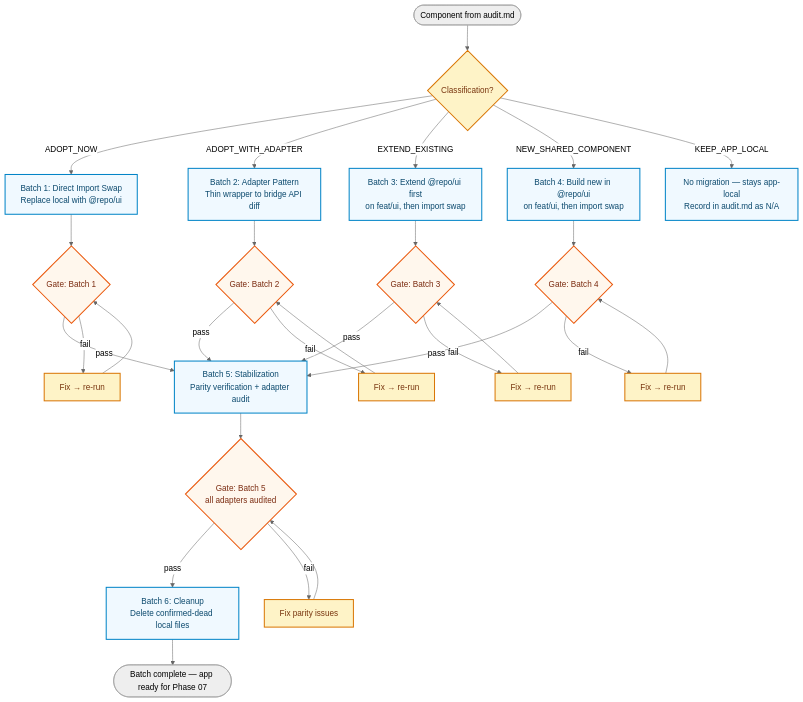
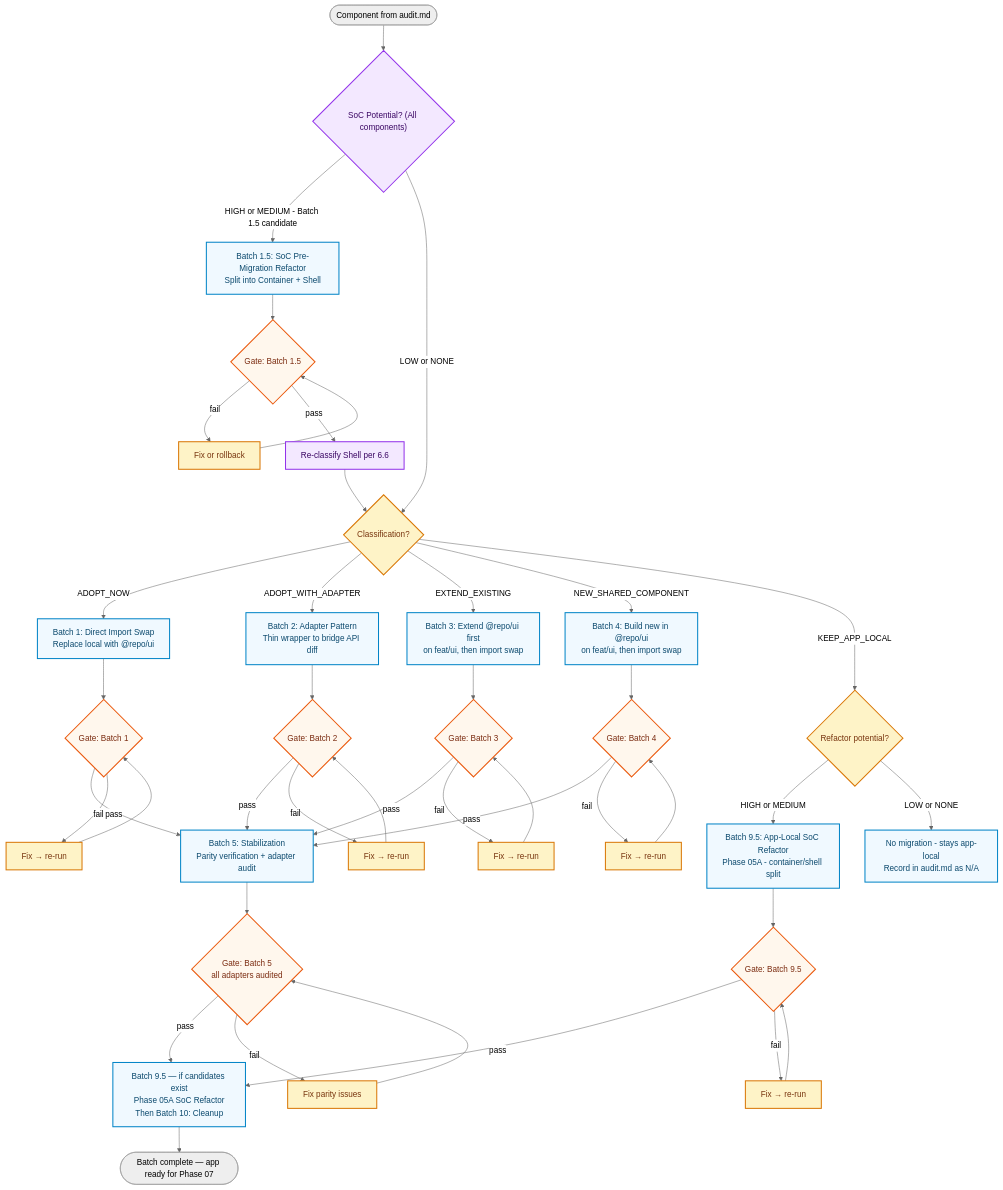
Before and after one commit to mahardikakdenie/.agent-skills: the second of 3 diagrams in apps/admin-portal/docs/migration/component/00-overview.md, drawn with Mermaid (neutral theme). The commit also changed other lines of this file and 7 other files, not shown here.

First line of the commit message:
docs(admin-portal): add universal SoC eval + Batch 1.5/05A refactor flow

````diff
--- a/apps/admin-portal/docs/migration/component/00-overview.md
+++ b/apps/admin-portal/docs/migration/component/00-overview.md
@@ -258,35 +269,50 @@
 ```mermaid
 flowchart TD
   classDef batch fill:#f0f9ff,stroke:#0284c7,color:#0c4a6e,stroke-width:2px;
   classDef decision fill:#fef3c7,stroke:#d97706,color:#78350f,stroke-width:2px;
   classDef gate fill:#fff7ed,stroke:#ea580c,color:#7c2d12,stroke-width:2px;
 
-  START([Component from audit.md]) --> Q1{Classification?}:::decision
+  classDef soc fill:#f3e8ff,stroke:#9333ea,color:#3b0764,stroke-width:2px;
 
-  Q1 -->|ADOPT_NOW| WA[Batch 1: Direct Import Swap<br/>Replace local with @repo/ui]:::batch
-  Q1 -->|ADOPT_WITH_ADAPTER| WB[Batch 2: Adapter Pattern<br/>Thin wrapper to bridge API diff]:::batch
-  Q1 -->|EXTEND_EXISTING| WC[Batch 3: Extend @repo/ui first<br/>on feat/ui, then import swap]:::batch
-  Q1 -->|NEW_SHARED_COMPONENT| WD[Batch 4: Build new in @repo/ui<br/>on feat/ui, then import swap]:::batch
-  Q1 -->|KEEP_APP_LOCAL| SKIP[No migration — stays app-local<br/>Record in audit.md as N/A]:::batch
+  START([Component from audit.md]) --> Q1S{"SoC Potential? (All components)"}:::soc
+
+  Q1S --> |"HIGH or MEDIUM - Batch 1.5 candidate"| W15["Batch 1.5: SoC Pre-Migration Refactor<br/>Split into Container + Shell"]:::batch
+  W15 --> G15{Gate: Batch 1.5}:::gate
+  G15 -- fail --> F15["Fix or rollback"]:::decision --> G15
+  G15 -- pass --> W15B["Re-classify Shell per 6.6"]:::soc
+  W15B --> Q1
+
+  Q1S --> |"LOW or NONE"| Q1{Classification?}:::decision
+
+  Q1 --> |ADOPT_NOW| WA[Batch 1: Direct Import Swap<br/>Replace local with @repo/ui]:::batch
+  Q1 --> |ADOPT_WITH_ADAPTER| WB[Batch 2: Adapter Pattern<br/>Thin wrapper to bridge API diff]:::batch
+  Q1 --> |EXTEND_EXISTING| WC[Batch 3: Extend @repo/ui first<br/>on feat/ui, then import swap]:::batch
+  Q1 --> |NEW_SHARED_COMPONENT| WD[Batch 4: Build new in @repo/ui<br/>on feat/ui, then import swap]:::batch
+  Q1 --> |KEEP_APP_LOCAL| Q1K{Refactor potential?}:::decision
+  Q1K --> |HIGH or MEDIUM| WK[Batch 9.5: App-Local SoC Refactor<br/>Phase 05A - container/shell split]:::batch
+  Q1K --> |LOW or NONE| SKIP[No migration - stays app-local<br/>Record in audit.md as N/A]:::batch
 
   WA --> GA{Gate: Batch 1}:::gate
   WB --> GB{Gate: Batch 2}:::gate
   WC --> GC{Gate: Batch 3}:::gate
   WD --> GD{Gate: Batch 4}:::gate
 
   GA -- pass --> WE[Batch 5: Stabilization<br/>Parity verification + adapter audit]:::batch
   GB -- pass --> WE
   GC -- pass --> WE
   GD -- pass --> WE
 
   GA -- fail --> FA[Fix → re-run]:::decision --> GA
   GB -- fail --> FB[Fix → re-run]:::decision --> GB
   GC -- fail --> FC[Fix → re-run]:::decision --> GC
   GD -- fail --> FD[Fix → re-run]:::decision --> GD
 
   WE --> GE{Gate: Batch 5<br/>all adapters audited}:::gate
-  GE -- pass --> WF[Batch 6: Cleanup<br/>Delete confirmed-dead local files]:::batch
+  GE -- pass --> WF[Batch 9.5 — if candidates exist<br/>Phase 05A SoC Refactor<br/>Then Batch 10: Cleanup]:::batch
+  WK --> GK{Gate: Batch 9.5}:::gate
+  GK -- pass --> WF
+  GK -- fail --> FK[Fix → re-run]:::decision --> GK
   GE -- fail --> FE[Fix parity issues]:::decision --> GE
 
   WF --> BATCHDONE([Batch complete — app ready for Phase 07])
 ```
````
